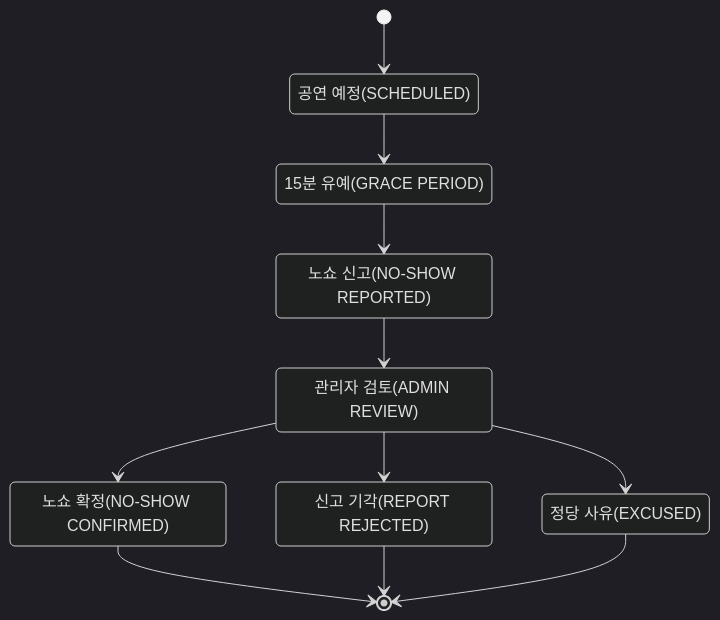
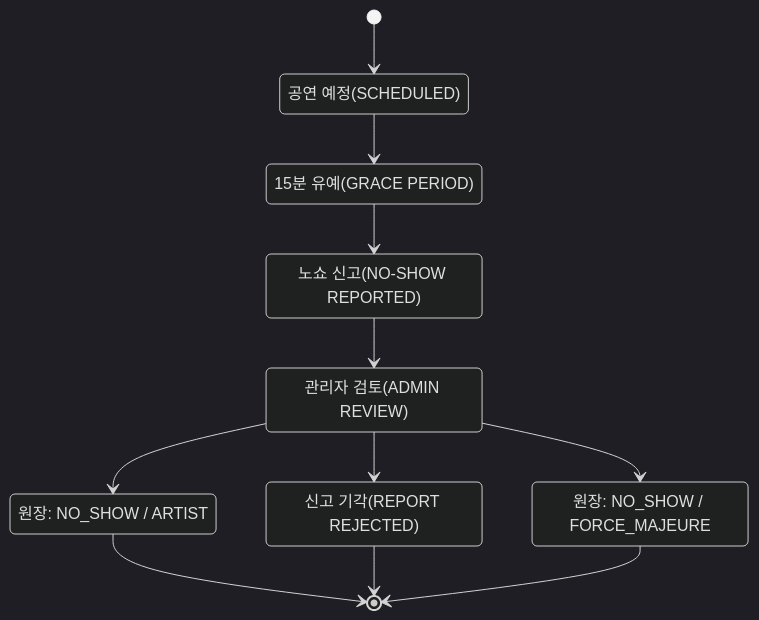
Before and after one commit to nsuCapstoneTeam/NSU_CAPSTONE: the second of 4 diagrams in docs/adr/artist_trust_architecture/05_trust_event_catalog.md, drawn with Mermaid (dark theme). The commit also changed other lines of this file and 13 other files, not shown here.

````diff
--- a/docs/adr/artist_trust_architecture/05_trust_event_catalog.md
+++ b/docs/adr/artist_trust_architecture/05_trust_event_catalog.md
@@ -147,21 +146,21 @@
 ```mermaid
 stateDiagram-v2
     [*] --> Scheduled
     state "공연 예정(SCHEDULED)" as Scheduled
     state "15분 유예(GRACE PERIOD)" as Grace
     state "노쇼 신고(NO-SHOW REPORTED)" as Reported
     state "관리자 검토(ADMIN REVIEW)" as Review
-    state "노쇼 확정(NO-SHOW CONFIRMED)" as Confirmed
+    state "원장: NO_SHOW / ARTIST" as Confirmed
     state "신고 기각(REPORT REJECTED)" as Rejected
-    state "정당 사유(EXCUSED)" as Excused
+    state "원장: NO_SHOW / FORCE_MAJEURE" as Excused
 
     Scheduled --> Grace
     Grace --> Reported
     Reported --> Review
     Review --> Confirmed
     Review --> Rejected
     Review --> Excused
     Confirmed --> [*]
     Rejected --> [*]
     Excused --> [*]
 ```
````
